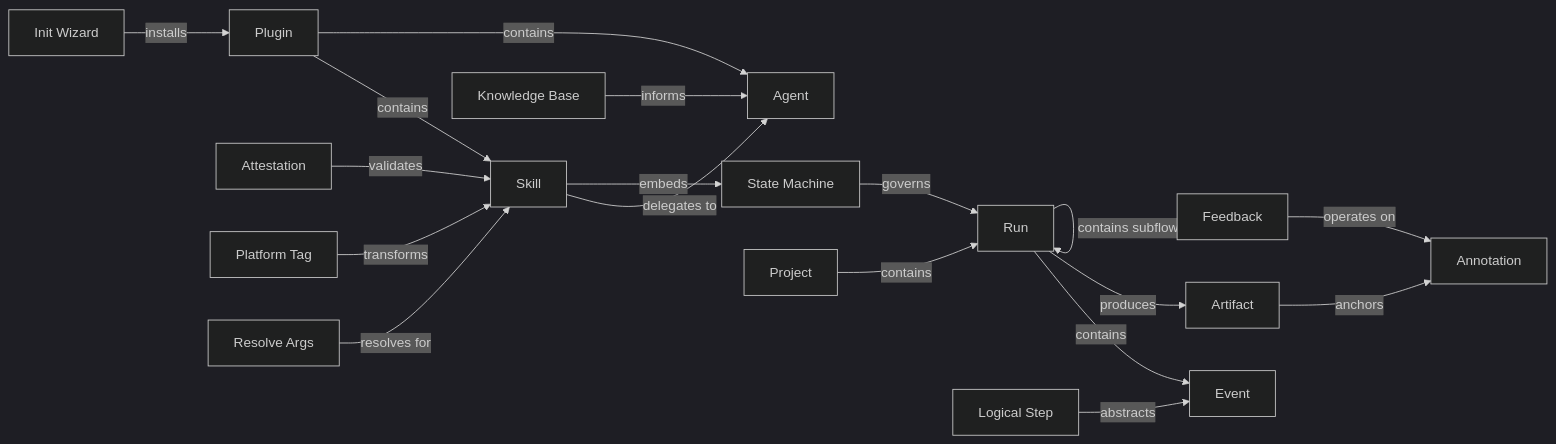
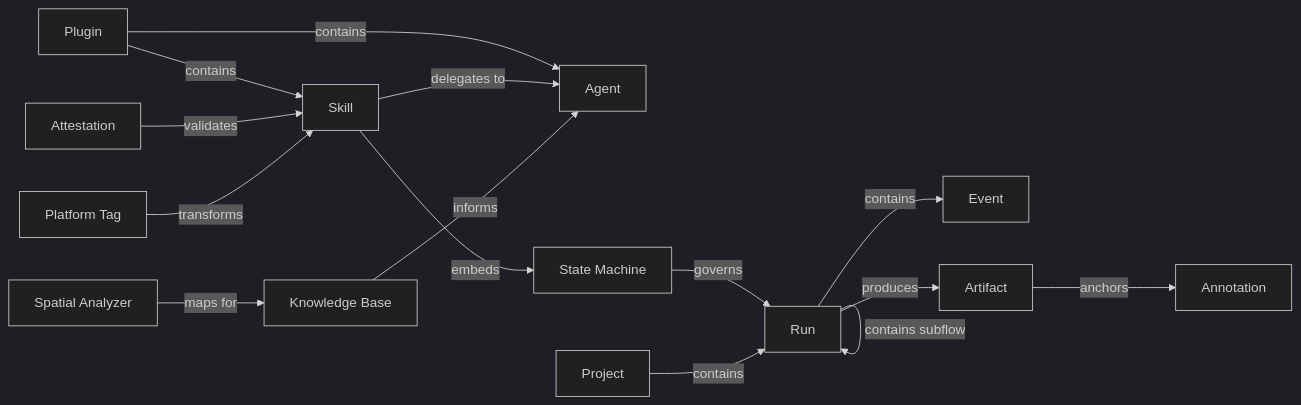
Before and after one commit to rp1-run/rp1: the diagram in .rp1/context/concept_map.md, drawn with Mermaid (dark theme). The commit also changed other lines of this file and 6 other files, not shown here.

````diff
--- a/.rp1/context/concept_map.md
+++ b/.rp1/context/concept_map.md
@@ -120,20 +130,17 @@
 ```mermaid
 graph LR
     Plugin -->|contains| Skill
     Plugin -->|contains| Agent
     Skill -->|delegates to| Agent
     Skill -->|embeds| SM[State Machine]
     SM -->|governs| Run
     Run -->|contains| Event
     Run -->|produces| Artifact
     Run -->|contains subflow| Run
     Artifact -->|anchors| Annotation
-    Feedback -->|operates on| Annotation
     KB[Knowledge Base] -->|informs| Agent
     Attestation -->|validates| Skill
     Project -->|contains| Run
-    InitWizard[Init Wizard] -->|installs| Plugin
     PlatformTag[Platform Tag] -->|transforms| Skill
-    ResolveArgs[Resolve Args] -->|resolves for| Skill
-    LogicalStep[Logical Step] -->|abstracts| Event
+    SpatialAnalyzer[Spatial Analyzer] -->|maps for| KB
 ```
````
